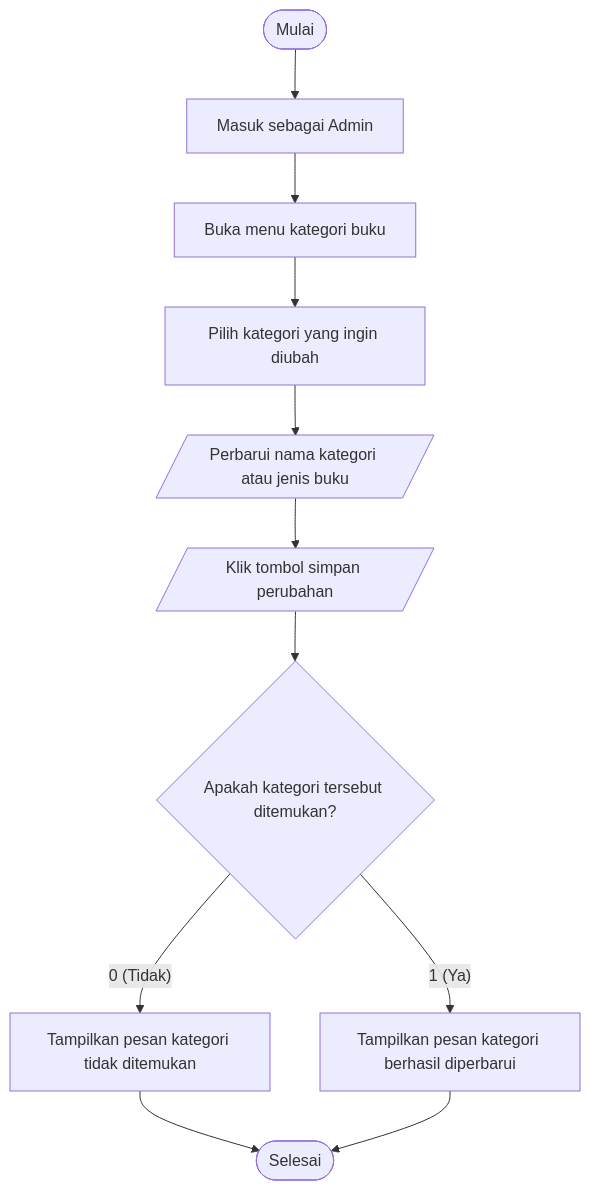
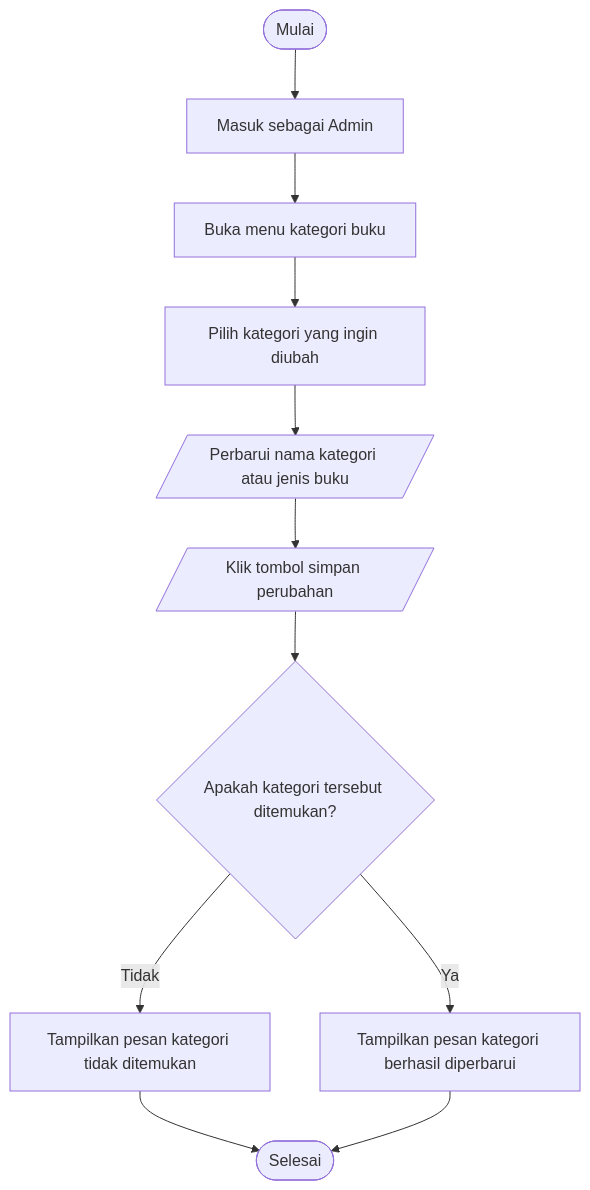
One commit to dimstyle/ruang-baca changed the diagram in docs/uml/src/diagrams/list-diagrams/flowchart-updatecategory.mmd. Above: the diagram before and after it, drawn with Mermaid. The commit also changed 134 other files, not shown here.

Commit message:
docs(diagrams): add Chen ERD, use parallelograms for activity I/O, fix layouts, and simplify Ya/Tidak labels

```diff
--- a/docs/uml/src/diagrams/list-diagrams/flowchart-updatecategory.mmd
+++ b/docs/uml/src/diagrams/list-diagrams/flowchart-updatecategory.mmd
@@ -1,11 +1,11 @@
 flowchart TD
     start(["Mulai"]) --> loginAdmin["Masuk sebagai Admin"]
     loginAdmin --> openMenu["Buka menu kategori buku"]
     openMenu --> selectCat["Pilih kategori yang ingin diubah"]
     selectCat --> editCat[/"Perbarui nama kategori atau jenis buku"/]
     editCat --> clickSave[/"Klik tombol simpan perubahan"/]
     clickSave --> checkFound{"Apakah kategori tersebut ditemukan?"}
-    checkFound -->|"0 (Tidak)"| notFound["Tampilkan pesan kategori tidak ditemukan"]
+    checkFound -->|"Tidak"| notFound["Tampilkan pesan kategori tidak ditemukan"]
     notFound --> finish(["Selesai"])
-    checkFound -->|"1 (Ya)"| updated["Tampilkan pesan kategori berhasil diperbarui"]
+    checkFound -->|"Ya"| updated["Tampilkan pesan kategori berhasil diperbarui"]
     updated --> finish
```
